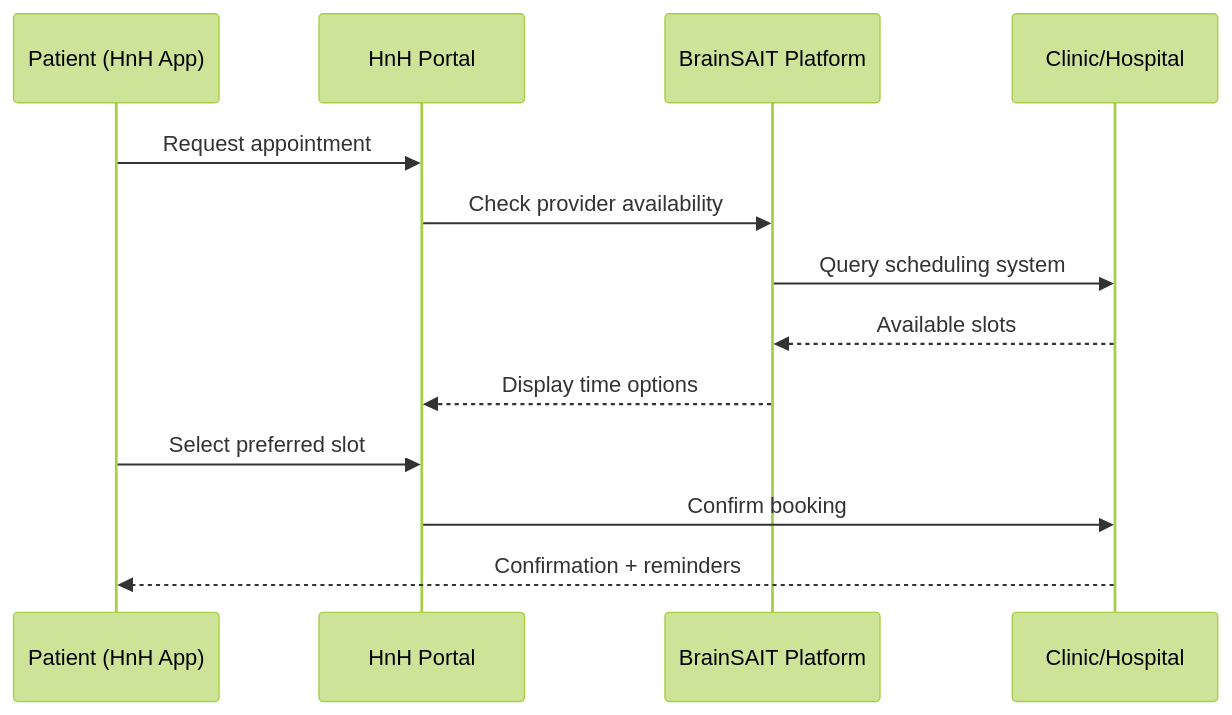
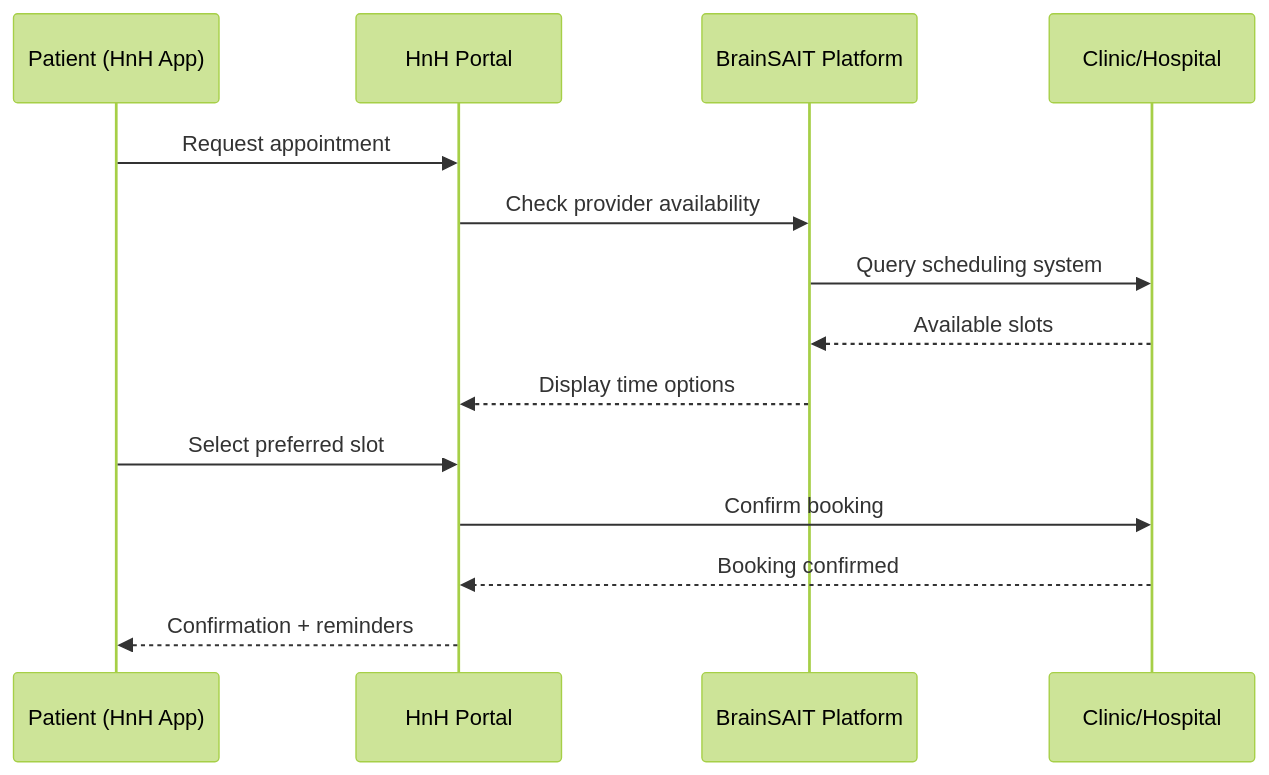
The first of 2 diagrams in docs/healthcare/platform/hnh_portal.md (Fadil369/brainsait-docs), drawn with Mermaid (forest theme) before and after one commit. The commit also changed 1 other file, not shown here.

Commit message:
fix: address code review feedback - mermaid flow and Arabic toggle label
Agent-Logs-Url: https://github.com/Fadil369/brainsait-docs/sessions/e4a50823-c2da-461c-b597-a15520743e0e

````diff
--- a/docs/healthcare/platform/hnh_portal.md
+++ b/docs/healthcare/platform/hnh_portal.md
@@ -37,16 +37,17 @@
 ```mermaid
 sequenceDiagram
     participant P as Patient (HnH App)
     participant HnH as HnH Portal
     participant BS as BrainSAIT Platform
     participant Clinic as Clinic/Hospital
 
     P->>HnH: Request appointment
     HnH->>BS: Check provider availability
     BS->>Clinic: Query scheduling system
     Clinic-->>BS: Available slots
     BS-->>HnH: Display time options
     P->>HnH: Select preferred slot
     HnH->>Clinic: Confirm booking
-    Clinic-->>P: Confirmation + reminders
+    Clinic-->>HnH: Booking confirmed
+    HnH-->>P: Confirmation + reminders
 ```
````
